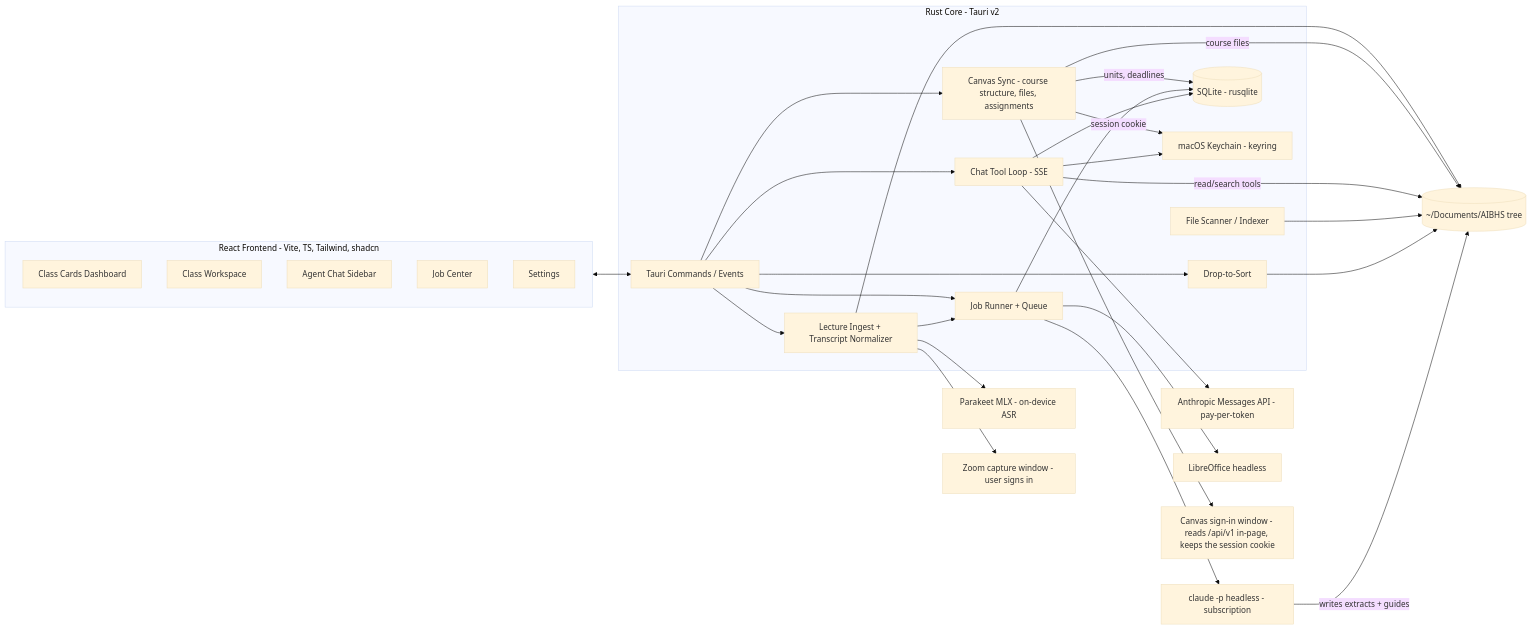
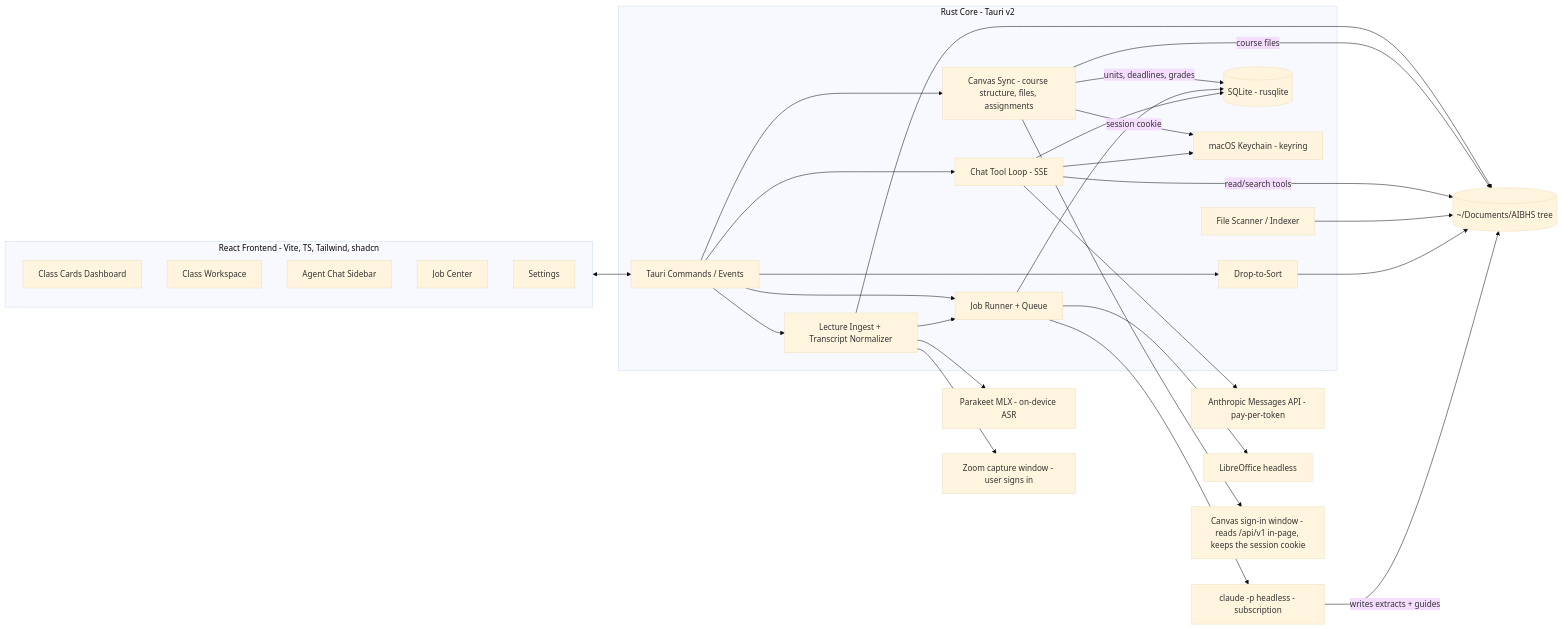
The diagram in SPEC.md (scalinity/ClassHub), drawn with Mermaid (base theme) before and after one commit. The commit also changed other lines of this file and 9 other files, not shown here.

First line of the commit message:
feat(canvas): grades and submissions from Canvas, keyed on Canvas ids

````diff
--- a/SPEC.md
+++ b/SPEC.md
@@ -172,53 +183,53 @@
 ```mermaid
 flowchart LR
     subgraph ui [React Frontend - Vite, TS, Tailwind, shadcn]
         Dashboard[Class Cards Dashboard]
         ClassView[Class Workspace]
         ChatSidebar[Agent Chat Sidebar]
         JobCenter[Job Center]
         Settings[Settings]
     end
     subgraph rust [Rust Core - Tauri v2]
         Cmds[Tauri Commands / Events]
         Jobs[Job Runner + Queue]
         ChatLoop[Chat Tool Loop - SSE]
         Sorter[Drop-to-Sort]
         Scanner[File Scanner / Indexer]
         Lectures[Lecture Ingest + Transcript Normalizer]
         Canvas[Canvas Sync - course structure, files, assignments]
         DB[(SQLite - rusqlite)]
         Keychain[macOS Keychain - keyring]
     end
     AIBHS[(~/Documents/AIBHS tree)]
     CLI[claude -p headless - subscription]
     API[Anthropic Messages API - pay-per-token]
     LO[LibreOffice headless]
     PK[Parakeet MLX - on-device ASR]
     ZM[Zoom capture window - user signs in]
     CV[Canvas sign-in window - reads /api/v1 in-page, keeps the session cookie]
 
     ui <--> Cmds
     Cmds --> Jobs
     Cmds --> ChatLoop
     Cmds --> Sorter
     Cmds --> Lectures
     Lectures --> PK
     Lectures --> ZM
     Lectures --> AIBHS
     Lectures --> Jobs
     Cmds --> Canvas
     Canvas --> CV
     Canvas -->|session cookie| Keychain
-    Canvas -->|units, deadlines| DB
+    Canvas -->|units, deadlines, grades| DB
     Canvas -->|course files| AIBHS
     Jobs --> CLI
     Jobs --> LO
     ChatLoop --> API
     ChatLoop -->|read/search tools| AIBHS
     Scanner --> AIBHS
     Sorter --> AIBHS
     CLI -->|writes extracts + guides| AIBHS
     Jobs --> DB
     ChatLoop --> DB
     ChatLoop --> Keychain
 ```
````
